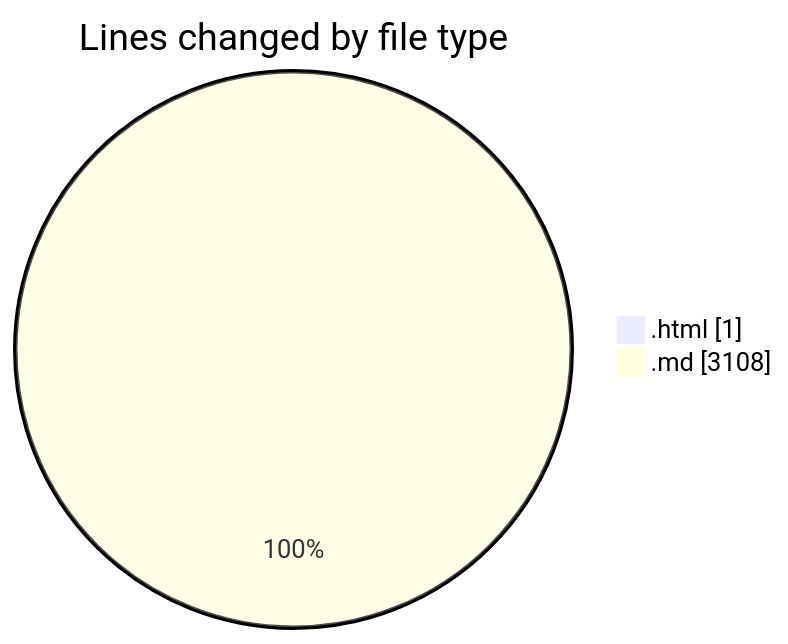
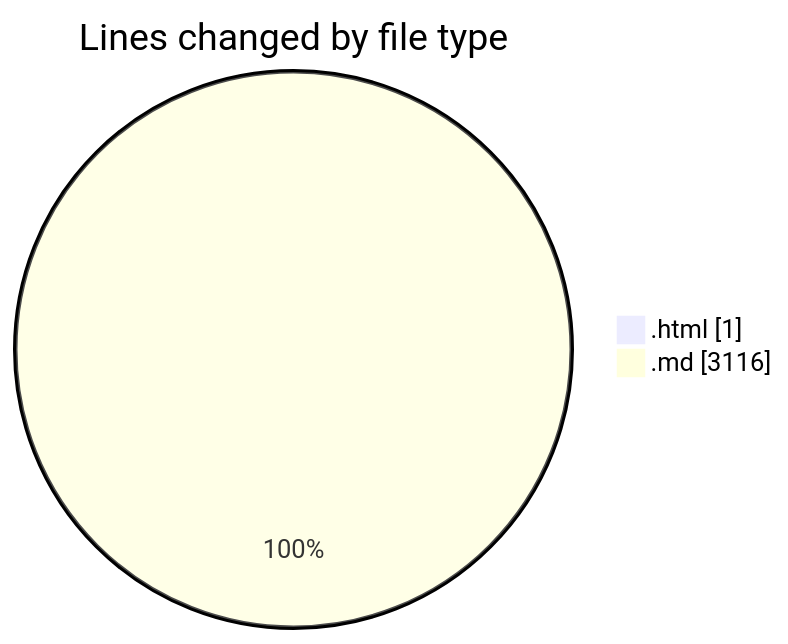
Before and after one commit to Ritupan-Deka/code-tracking: the first of 2 diagrams in 2025-07-08/urlwebwala_intership_work/README.md, drawn with Mermaid. The commit also changed other lines of this file and 1 other file, not shown here.

````diff
--- a/2025-07-08/urlwebwala_intership_work/README.md
+++ b/2025-07-08/urlwebwala_intership_work/README.md
@@ -21,6 +21,6 @@
 ```mermaid
 pie showData
 title Lines changed by file type
 ".html" : 1
-".md" : 3108
+".md" : 3116
 ```
````
